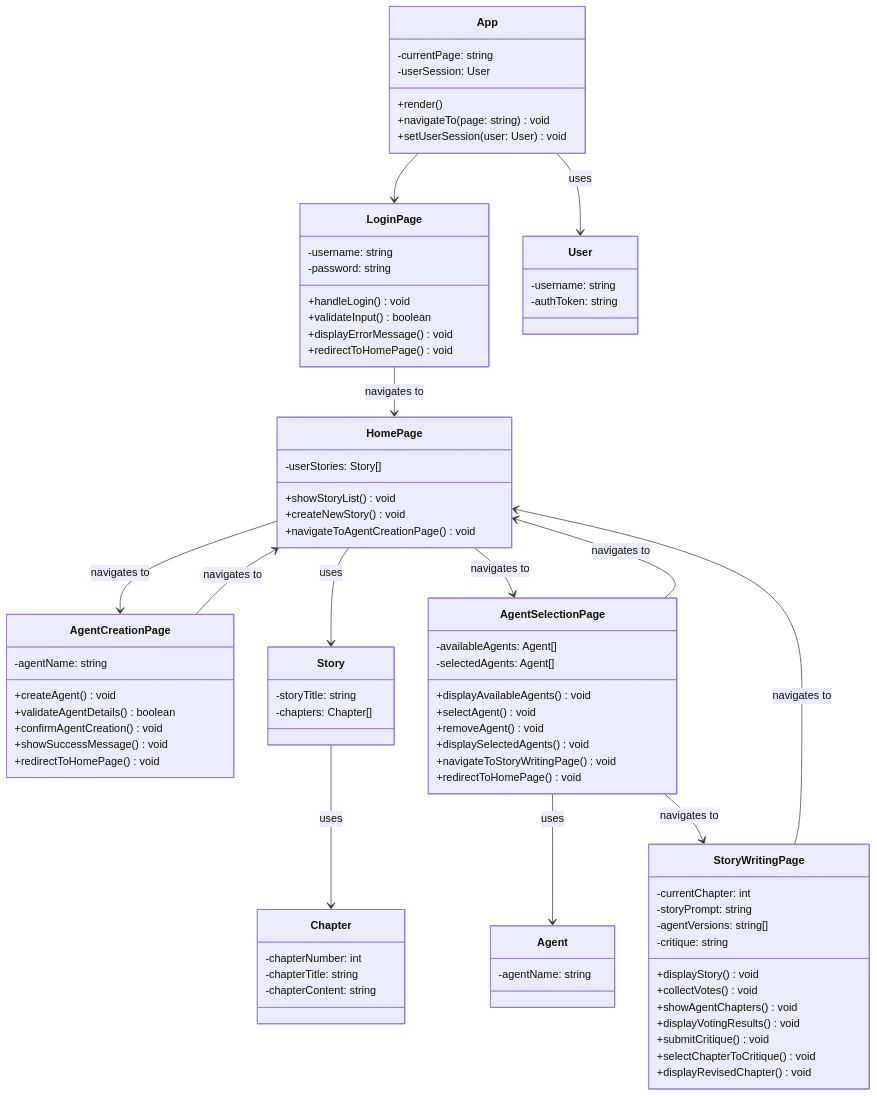
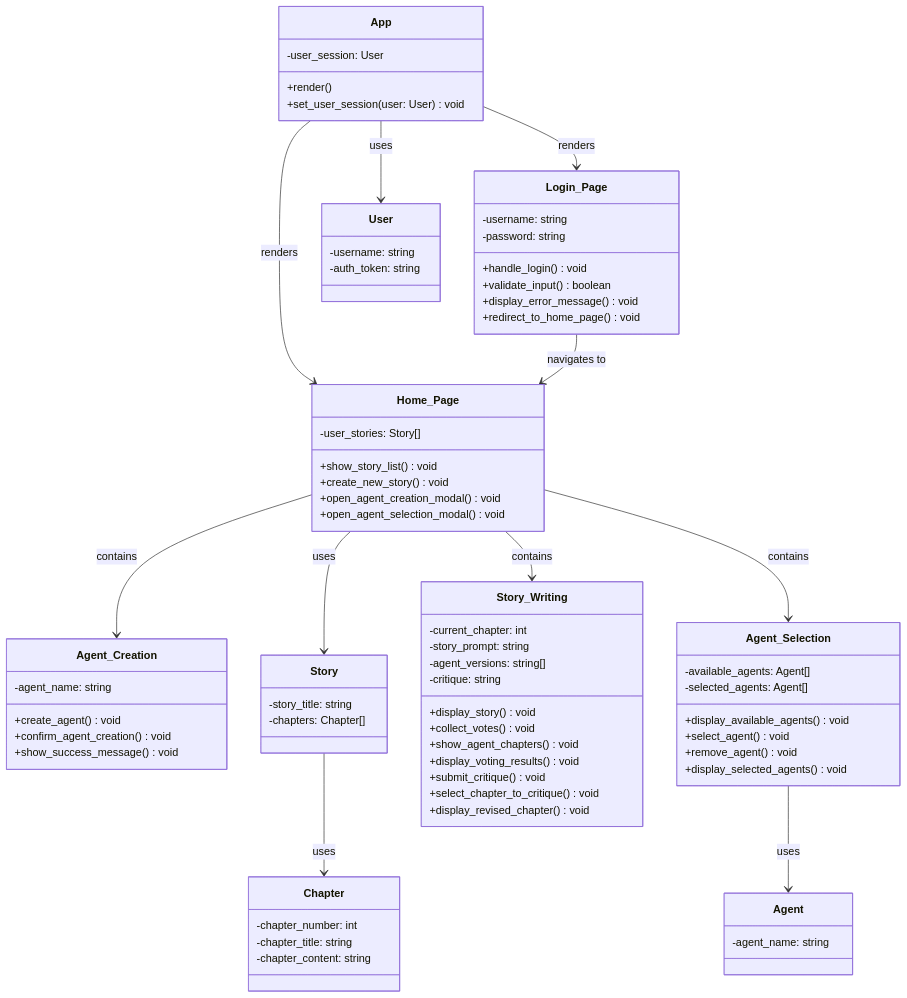
Before and after one commit to Capstone-Projects-2025-Spring/project-003-story-builder-team-1: the first of 2 diagrams in documentation/docs/system-architecture/Design.md, drawn with Mermaid.

Commit message:
Update Frontend Class Diagram
Changed everything to snake case. Removed pages from the names as we do not need to make it navigate to multiple pages. From there some methods changed because things are not pages but instead components or modals

````diff
--- a/documentation/docs/system-architecture/Design.md
+++ b/documentation/docs/system-architecture/Design.md
@@ -5,93 +5,86 @@
 ```mermaid
 classDiagram
     class App {
-        -currentPage: string
-        -userSession: User
+        -user_session: User
         +render()
-        +navigateTo(page: string) void
-        +setUserSession(user: User) void
+        +set_user_session(user: User) void
     }
 
-    class LoginPage {
+    class Login_Page {
         -username: string
         -password: string
-        +handleLogin() void
-        +validateInput() boolean
-        +displayErrorMessage() void
-        +redirectToHomePage()void
+        +handle_login() void
+        +validate_input() boolean
+        +display_error_message() void
+        +redirect_to_home_page() void
     }
 
-    class HomePage {
-        -userStories: Story[]
-        +showStoryList() void
-        +createNewStory() void
-        +navigateToAgentCreationPage() void
+    class Home_Page {
+        -user_stories: Story[]
+        +show_story_list() void
+        +create_new_story() void
+        +open_agent_creation_modal() void
+        +open_agent_selection_modal() void
     }
 
-    class AgentCreationPage {
-        -agentName: string
-        +createAgent() void
-        +validateAgentDetails() boolean
-        +confirmAgentCreation() void
-        +showSuccessMessage() void
-        +redirectToHomePage() void
+    class Agent_Creation {
+        -agent_name: string
+        +create_agent() void
+        +confirm_agent_creation() void
+        +show_success_message() void
     }
 
-    class AgentSelectionPage {
-        -availableAgents: Agent[]
-        -selectedAgents: Agent[]
-        +displayAvailableAgents() void
-        +selectAgent() void
-        +removeAgent() void
-        +displaySelectedAgents() void
-        +navigateToStoryWritingPage() void
-        +redirectToHomePage() void
+    class Agent_Selection {
+        -available_agents: Agent[]
+        -selected_agents: Agent[]
+        +display_available_agents() void
+        +select_agent() void
+        +remove_agent() void
+        +display_selected_agents() void
     }
 
-    class StoryWritingPage {
-        -currentChapter: int
-        -storyPrompt: string
-        -agentVersions: string[]
+    class Story_Writing {
+        -current_chapter: int
+        -story_prompt: string
+        -agent_versions: string[]
         -critique: string
-        +displayStory() void
-        +collectVotes() void
-        +showAgentChapters() void
-        +displayVotingResults() void
-        +submitCritique() void
-        +selectChapterToCritique() void
-        +displayRevisedChapter() void
+        +display_story() void
+        +collect_votes() void
+        +show_agent_chapters() void
+        +display_voting_results() void
+        +submit_critique() void
+        +select_chapter_to_critique() void
+        +display_revised_chapter() void
     }
 
     class Story {
-        -storyTitle: string
+        -story_title: string
         -chapters: Chapter[]
     }
 
     class Chapter {
-        -chapterNumber: int
-        -chapterTitle: string
-        -chapterContent: string
+        -chapter_number: int
+        -chapter_title: string
+        -chapter_content: string
     }
 
     class User {
         -username: string
-        -authToken: string
+        -auth_token: string
     }
 
     class Agent {
-        -agentName: string
+        -agent_name: string
     }
 
     App --> User : uses
-    App --> LoginPage
-    LoginPage --> HomePage : navigates to
-    HomePage --> Story : uses
+    App --> Login_Page : renders
+    App --> Home_Page : renders
+    Login_Page --> Home_Page : navigates to
+    Home_Page --> Story : uses
     Story --> Chapter : uses
-    HomePage --> AgentCreationPage : navigates to
-    HomePage --> AgentSelectionPage : navigates to
-    AgentSelectionPage --> Agent : uses
-    AgentSelectionPage --> StoryWritingPage : navigates to
-    AgentCreationPage --> HomePage : navigates to
-    AgentSelectionPage --> HomePage : navigates to
-    StoryWritingPage --> HomePage : navigates to
+    Home_Page --> Agent_Creation : contains
+    Home_Page --> Agent_Selection : contains
+    Agent_Selection --> Agent : uses
+    Home_Page --> Story_Writing : contains
 ```
````
